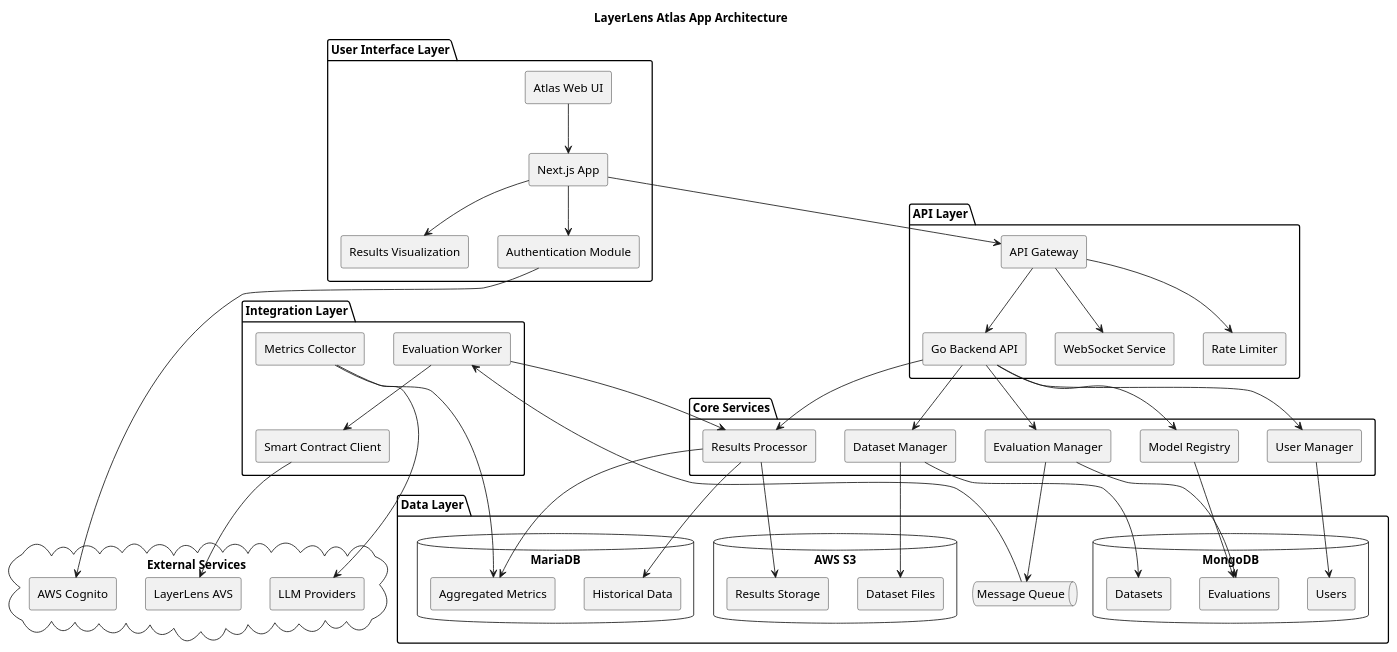
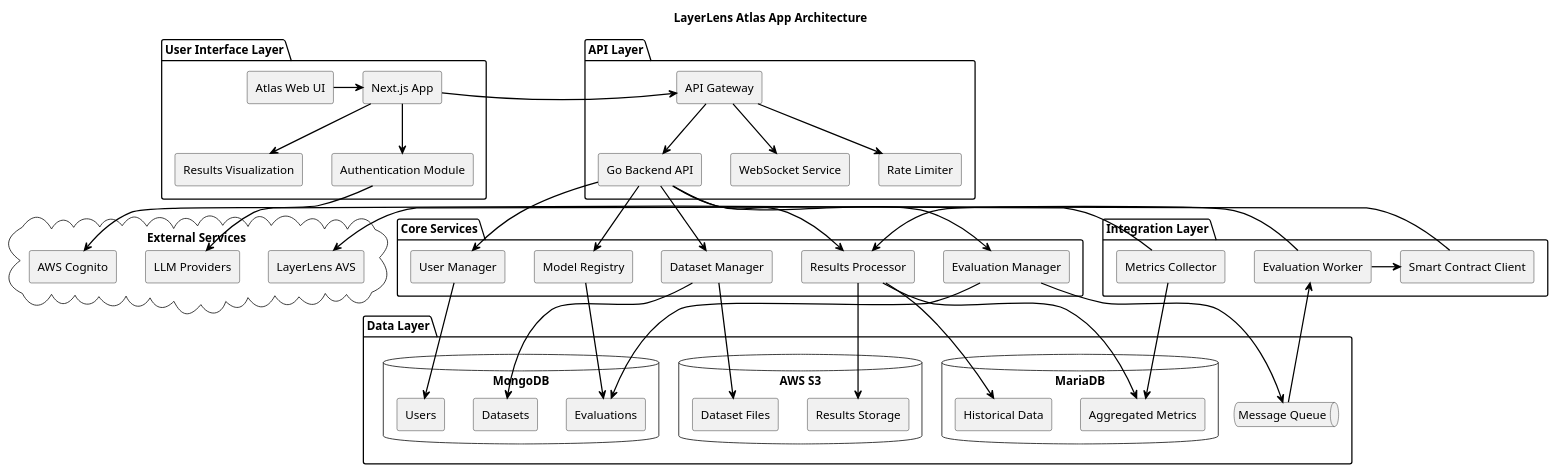
Before and after one commit to k-g-j/ll-sequence-diagrams: the diagram in plantuml-diagrams/atlas-architecture.puml, drawn with PlantUML. The commit also changed 11 other files, not shown here.

Commit message:
Fix arrow alignment issues in PlantUML diagrams

```diff
--- a/plantuml-diagrams/atlas-architecture.puml
+++ b/plantuml-diagrams/atlas-architecture.puml
@@ -1,102 +1,104 @@
 @startuml
 skinparam componentStyle rectangle
 skinparam backgroundColor white
 skinparam handwritten false
+skinparam ArrowColor black
+skinparam ArrowThickness 1.5
 
 title LayerLens Atlas App Architecture
 
 package "User Interface Layer" {
   [Atlas Web UI] as WebUI
   [Next.js App] as NextApp
   [Authentication Module] as Auth
   [Results Visualization] as Viz
 }
 
 package "API Layer" {
   [API Gateway] as ApiGw
   [Go Backend API] as GoBackend
   [WebSocket Service] as WebSocket
   [Rate Limiter] as RateLim
 }
 
 package "Core Services" {
   [Evaluation Manager] as EvalManager
   [Model Registry] as ModelRegistry
   [Dataset Manager] as DatasetManager
   [User Manager] as UserManager
   [Results Processor] as ResultsProcessor
 }
 
 package "Integration Layer" {
   [Evaluation Worker] as Worker
   [Smart Contract Client] as ContractClient
   [Metrics Collector] as MetricsCollector
 }
 
 package "Data Layer" {
   database "MongoDB" as MongoDB {
     [Evaluations] as MongoEvals
     [Users] as MongoUsers
     [Datasets] as MongoDsets
   }
   
   database "MariaDB" as MariaDB {
     [Aggregated Metrics] as MetricsDB
     [Historical Data] as HistoryDB
   }
   
   database "AWS S3" as S3 {
     [Results Storage] as ResultsS3
     [Dataset Files] as DatasetsS3
   }
   
   queue "Message Queue" as Queue
 }
 
 cloud "External Services" {
   [AWS Cognito] as Cognito
   [LayerLens AVS] as AVS
   [LLM Providers] as LLMs
 }
 
 ' User interactions
-WebUI --> NextApp
-NextApp --> Auth
-NextApp --> Viz
-NextApp --> ApiGw
+WebUI -right-> NextApp
+NextApp -down-> Auth
+NextApp -down-> Viz
+NextApp -right-> ApiGw
 
 ' API interactions
-Auth --> Cognito
-ApiGw --> GoBackend
-ApiGw --> WebSocket
-ApiGw --> RateLim
+Auth -right-> Cognito
+ApiGw -down-> GoBackend
+ApiGw -down-> WebSocket
+ApiGw -down-> RateLim
 
 ' Core service connections
-GoBackend --> EvalManager
-GoBackend --> ModelRegistry
-GoBackend --> DatasetManager
-GoBackend --> UserManager
-GoBackend --> ResultsProcessor
+GoBackend -down-> EvalManager
+GoBackend -down-> ModelRegistry
+GoBackend -down-> DatasetManager
+GoBackend -down-> UserManager
+GoBackend -down-> ResultsProcessor
 
 ' Data connections
-EvalManager --> MongoEvals
-ModelRegistry --> MongoEvals
-DatasetManager --> MongoDsets
-UserManager --> MongoUsers
-ResultsProcessor --> MetricsDB
-ResultsProcessor --> HistoryDB
+EvalManager -down-> MongoEvals
+ModelRegistry -down-> MongoEvals
+DatasetManager -down-> MongoDsets
+UserManager -down-> MongoUsers
+ResultsProcessor -down-> MetricsDB
+ResultsProcessor -down-> HistoryDB
 
 ' Integration connections
-EvalManager --> Queue
-Queue --> Worker
-Worker --> ContractClient
-Worker --> ResultsProcessor
-ContractClient --> AVS
-MetricsCollector --> LLMs
-MetricsCollector --> MetricsDB
+EvalManager -right-> Queue
+Queue -right-> Worker
+Worker -right-> ContractClient
+Worker -down-> ResultsProcessor
+ContractClient -right-> AVS
+MetricsCollector -right-> LLMs
+MetricsCollector -down-> MetricsDB
 
 ' Storage connections
-DatasetManager --> DatasetsS3
-ResultsProcessor --> ResultsS3
+DatasetManager -right-> DatasetsS3
+ResultsProcessor -right-> ResultsS3
 
 @enduml
```
